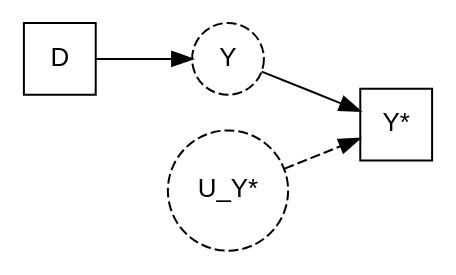
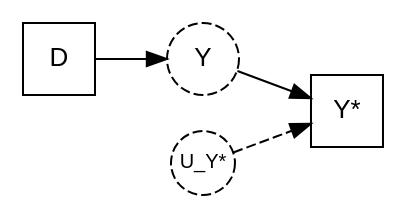
One commit to LondonMae/measurement-error-tutorial changed the first of 2 diagrams in index.qmd. Above: the diagram before and after it, drawn with Graphviz. The commit also changed other lines of this file, not shown here.

Commit message:
update nodes in DAGs

````diff
--- a/index.qmd
+++ b/index.qmd
@@ -79,16 +79,16 @@
 ```{dot}
 //| label: fig-dag-basic
 //| fig-cap: "We observe Y* (the proxy) but want to reason about the latent Y. The error U_Y* enters only through Y* and is independent of D."
 //| fig-height: 1.6
 digraph {
   rankdir=LR
   node [fontname="Helvetica" fontsize=13]
   D      [shape=square]
   Y      [shape=circle style=dashed]
   Ystar  [shape=square  label="Y*"]
-  UYstar [shape=circle  style=dashed label="U_Y*"]
+  UYstar [shape=circle  style=dashed label="U_Y*" width=0.45 height=0.45 fixedsize=true fontsize=10]
   D -> Y
   Y -> Ystar
   UYstar -> Ystar [style=dashed]
 }
 ```
````
